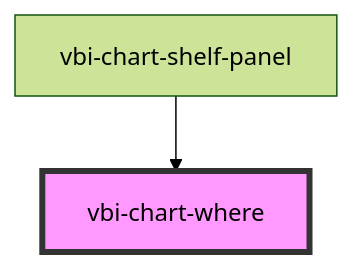
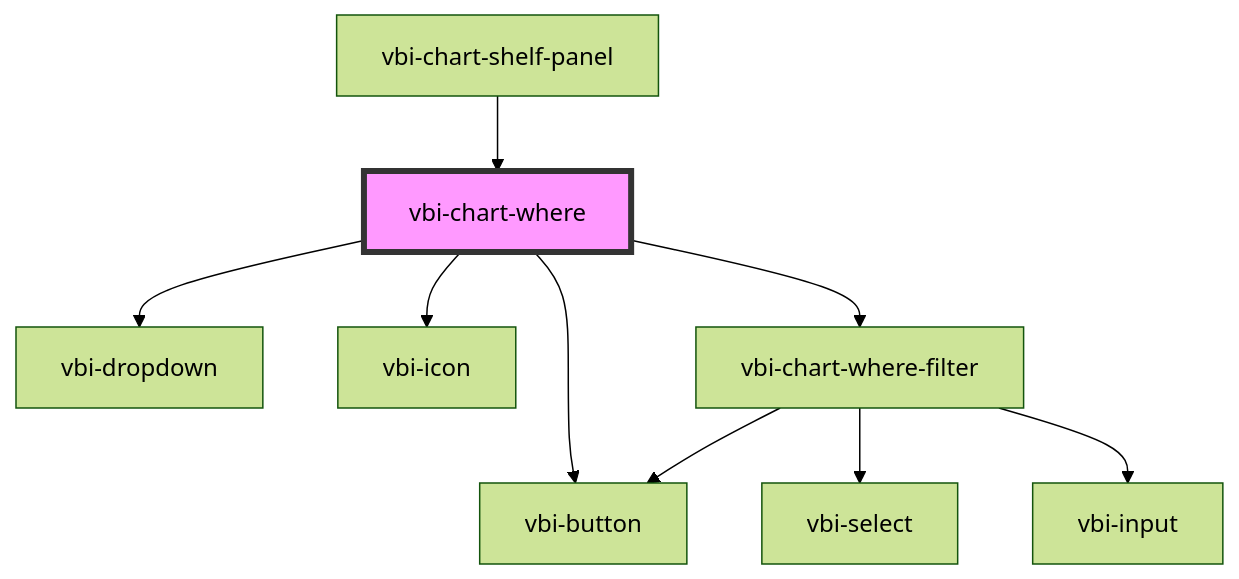
Before and after one commit to Ditto190/VBI-modme: the diagram in packages/vbi-component/src/components/chart/shelves/vbi-chart-where/readme.md, drawn with Mermaid (forest theme). The commit also changed other lines of this file and 21 other files, not shown here.

Commit message:
refactor(vbi-component): move filter root operator logic to shelf panel

````diff
--- a/packages/vbi-component/src/components/chart/shelves/vbi-chart-where/readme.md
+++ b/packages/vbi-component/src/components/chart/shelves/vbi-chart-where/readme.md
@@ -15,5 +22,12 @@
 ```mermaid
 graph TD;
+  vbi-chart-where --> vbi-dropdown
+  vbi-chart-where --> vbi-button
+  vbi-chart-where --> vbi-icon
+  vbi-chart-where --> vbi-chart-where-filter
+  vbi-chart-where-filter --> vbi-select
+  vbi-chart-where-filter --> vbi-input
+  vbi-chart-where-filter --> vbi-button
   vbi-chart-shelf-panel --> vbi-chart-where
   style vbi-chart-where fill:#f9f,stroke:#333,stroke-width:4px
 ```
````
